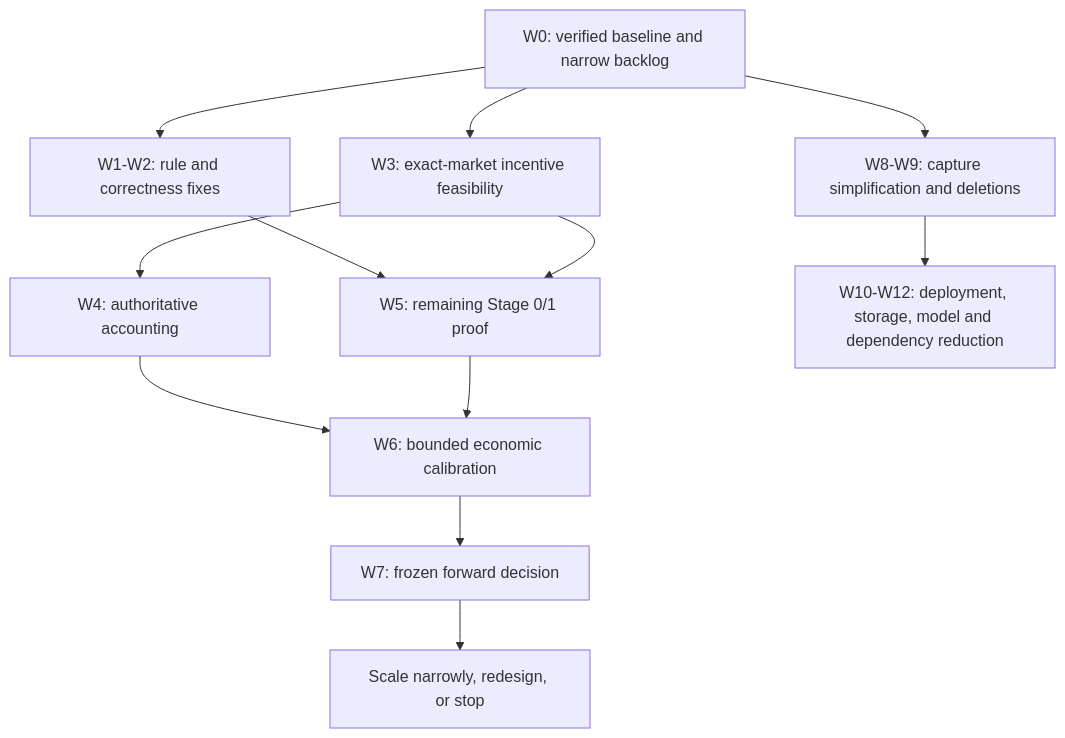
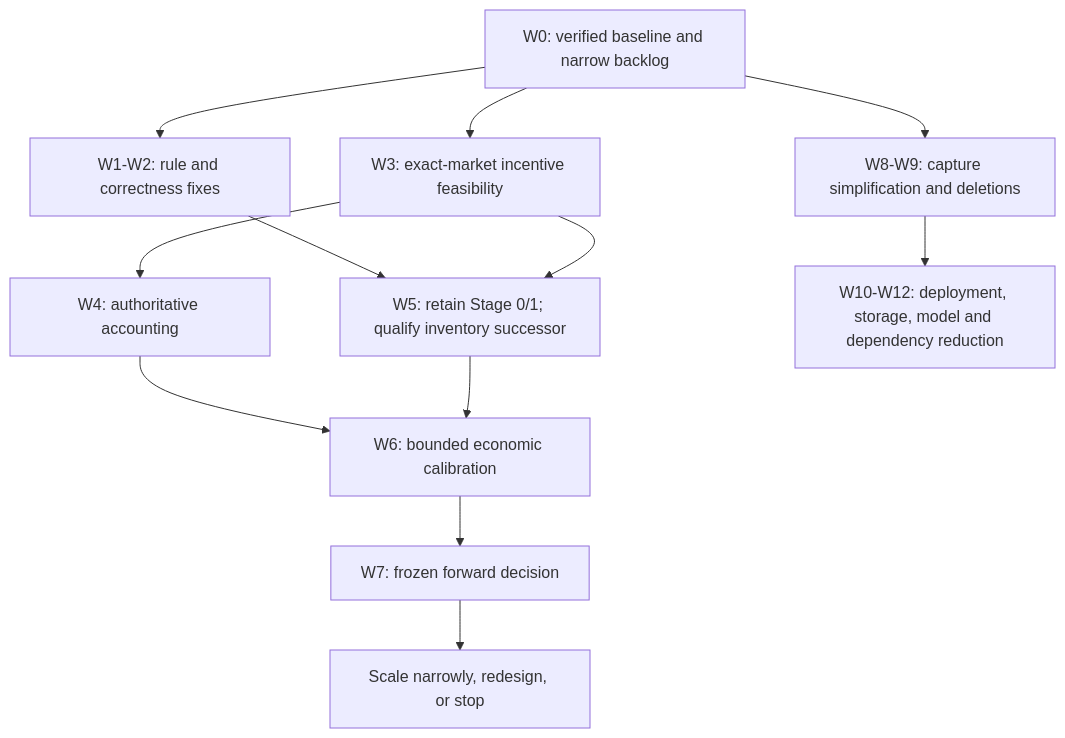
The diagram in docs/roadmap/items/item-330-maker-economics-refocus-master-plan.md (michaelbooth1/weather), drawn with Mermaid before and after one commit. The commit also changed other lines of this file and 7 other files, not shown here.

````diff
--- a/docs/roadmap/items/item-330-maker-economics-refocus-master-plan.md
+++ b/docs/roadmap/items/item-330-maker-economics-refocus-master-plan.md
@@ -159,14 +176,14 @@
 ```mermaid
 flowchart TD
     A[W0: verified baseline and narrow backlog] --> B[W1-W2: rule and correctness fixes]
     A --> C[W3: exact-market incentive feasibility]
     C --> D[W4: authoritative accounting]
-    B --> E[W5: remaining Stage 0/1 proof]
+    B --> E[W5: retain Stage 0/1; qualify inventory successor]
     C --> E
     D --> F[W6: bounded economic calibration]
     E --> F
     F --> G[W7: frozen forward decision]
     G --> H[Scale narrowly, redesign, or stop]
     A --> I[W8-W9: capture simplification and deletions]
     I --> J[W10-W12: deployment, storage, model and dependency reduction]
 ```
````
